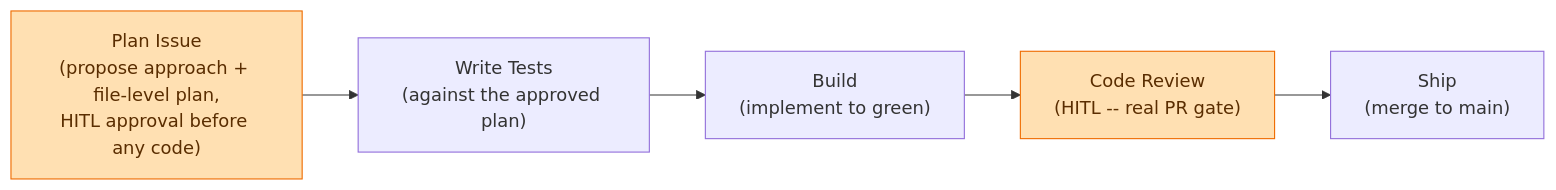
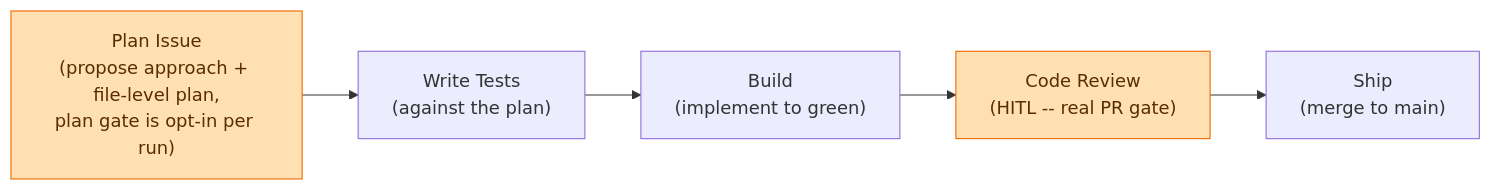
The second of 2 diagrams in _workflow/coding-workflow.md (njrenaissance/project-templates), drawn with Mermaid before and after one commit. The commit also changed other lines of this file, not shown here.

First line of the commit message:
docs(_workflow): document Inner Loop approval modes in coding-workflow.md

````diff
--- a/_workflow/coding-workflow.md
+++ b/_workflow/coding-workflow.md
@@ -32,8 +32,8 @@
 ```mermaid
 flowchart LR
-    PI["Plan Issue<br/>(propose approach + file-level plan,<br/>HITL approval before any code)"] --> WT["Write Tests<br/>(against the approved plan)"] --> BU["Build<br/>(implement to green)"] --> CR["Code Review<br/>(HITL -- real PR gate)"] --> SH["Ship<br/>(merge to main)"]
+    PI["Plan Issue<br/>(propose approach + file-level plan,<br/>plan gate is opt-in per run)"] --> WT["Write Tests<br/>(against the plan)"] --> BU["Build<br/>(implement to green)"] --> CR["Code Review<br/>(HITL -- real PR gate)"] --> SH["Ship<br/>(merge to main)"]
 
     classDef hitl fill:#ffe0b2,stroke:#ef6c00,color:#5a2d00;
 
     class PI,CR hitl;
 ```
````
